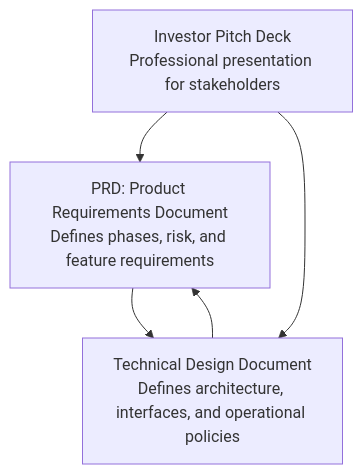
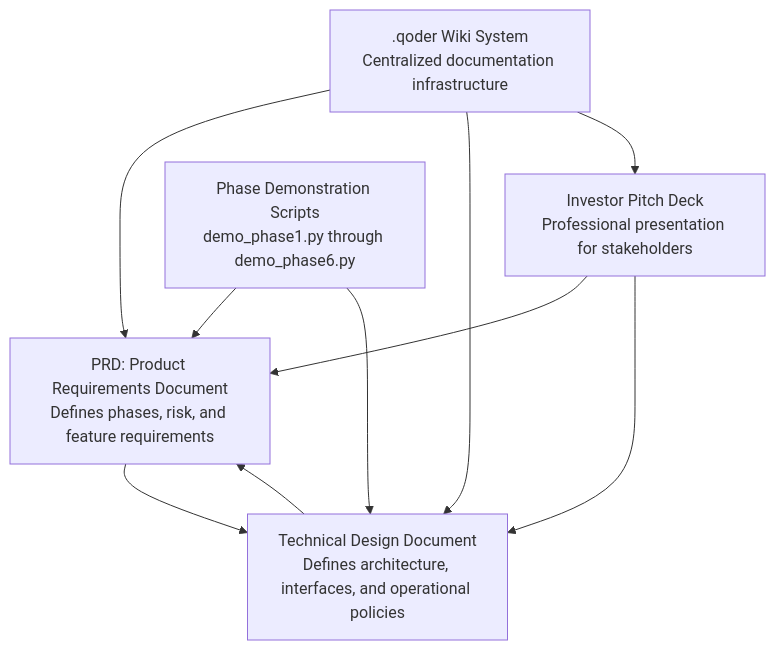
Before and after one commit to guofeng201507/shark-quant-trader: the second of 9 diagrams in .qoder/repowiki/en/content/Project Overview/Project Overview.md, drawn with Mermaid. The commit also changed other lines of this file and 14 other files, not shown here.

Commit message:
Update project wiki: add Phase 5-7 documentation

````diff
--- a/.qoder/repowiki/en/content/Project Overview/Project Overview.md
+++ b/.qoder/repowiki/en/content/Project Overview/Project Overview.md
@@ -52,10 +123,17 @@
 ```mermaid
 graph TB
 PRD["PRD: Product Requirements Document<br/>Defines phases, risk, and feature requirements"]
 TDD["Technical Design Document<br/>Defines architecture, interfaces, and operational policies"]
 IPD["Investor Pitch Deck<br/>Professional presentation for stakeholders"]
+WIKI[".qoder Wiki System<br/>Centralized documentation infrastructure"]
+DEMOS["Phase Demonstration Scripts<br/>demo_phase1.py through demo_phase6.py"]
 PRD --> TDD
 TDD --> PRD
 IPD --> PRD
 IPD --> TDD
+WIKI --> PRD
+WIKI --> TDD
+WIKI --> IPD
+DEMOS --> PRD
+DEMOS --> TDD
 ```
````
